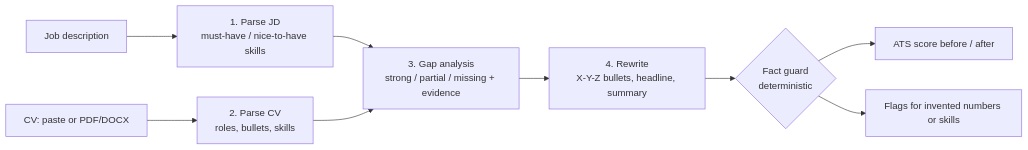
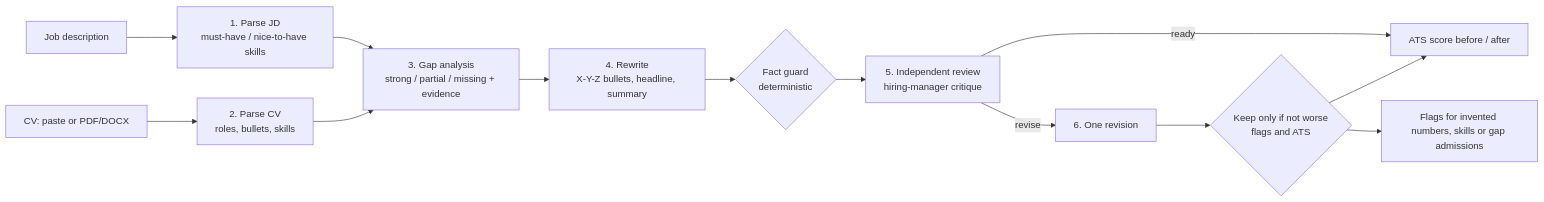
One commit to mohammadsharvankk/cv-tailor-agent changed the diagram in README.md. Above: the diagram before and after it, drawn with Mermaid. The commit also changed other lines of this file and 15 other files, not shown here.

First line of the commit message:
Add independent reviewer with guarded revision; fix stuffing and gap admissions

````diff
--- a/README.md
+++ b/README.md
@@ -27,11 +27,15 @@
 ```mermaid
 flowchart LR
     JD[Job description] --> A[1. Parse JD<br/>must-have / nice-to-have skills]
     CV[CV: paste or PDF/DOCX] --> B[2. Parse CV<br/>roles, bullets, skills]
     A --> C[3. Gap analysis<br/>strong / partial / missing + evidence]
     B --> C
     C --> D[4. Rewrite<br/>X-Y-Z bullets, headline, summary]
     D --> E{Fact guard<br/>deterministic}
-    E --> F[ATS score before / after]
-    E --> G[Flags for invented numbers or skills]
+    E --> R[5. Independent review<br/>hiring-manager critique]
+    R -->|revise| V[6. One revision]
+    V --> K{Keep only if not worse<br/>flags and ATS}
+    R -->|ready| F[ATS score before / after]
+    K --> F
+    K --> G[Flags for invented numbers, skills or gap admissions]
 ```
````
